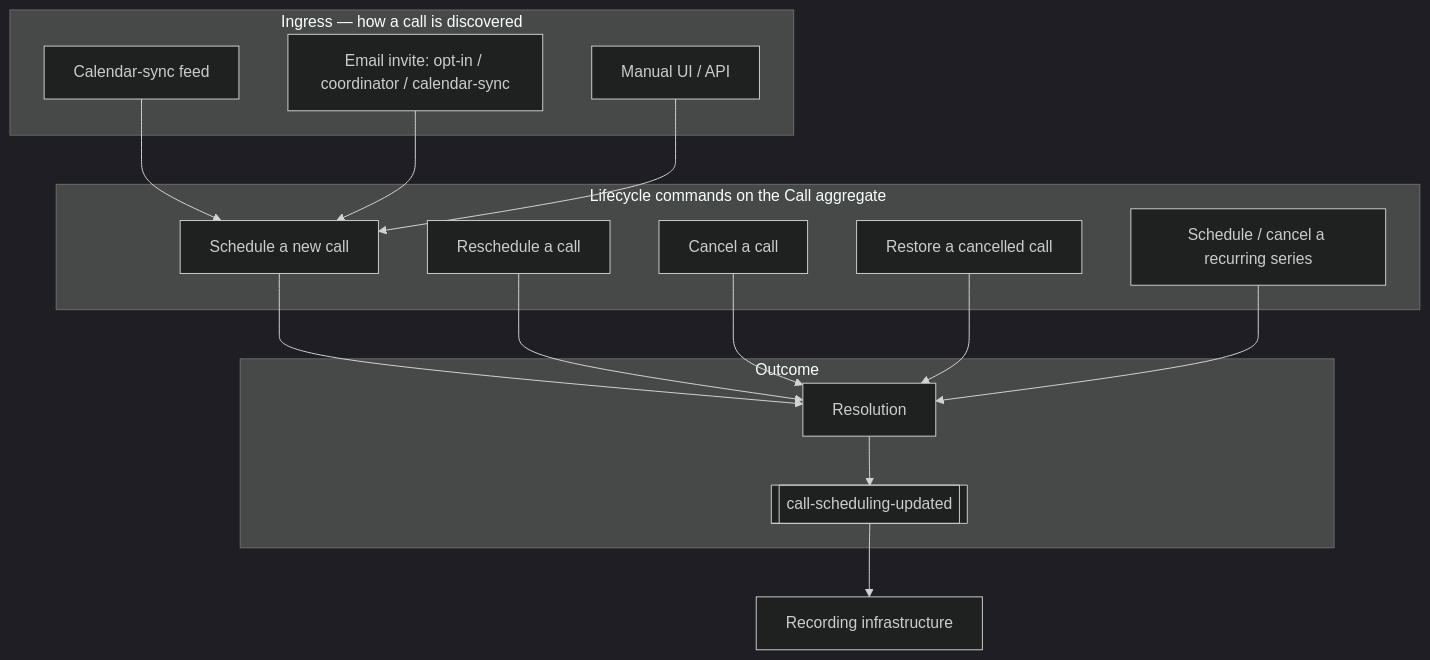
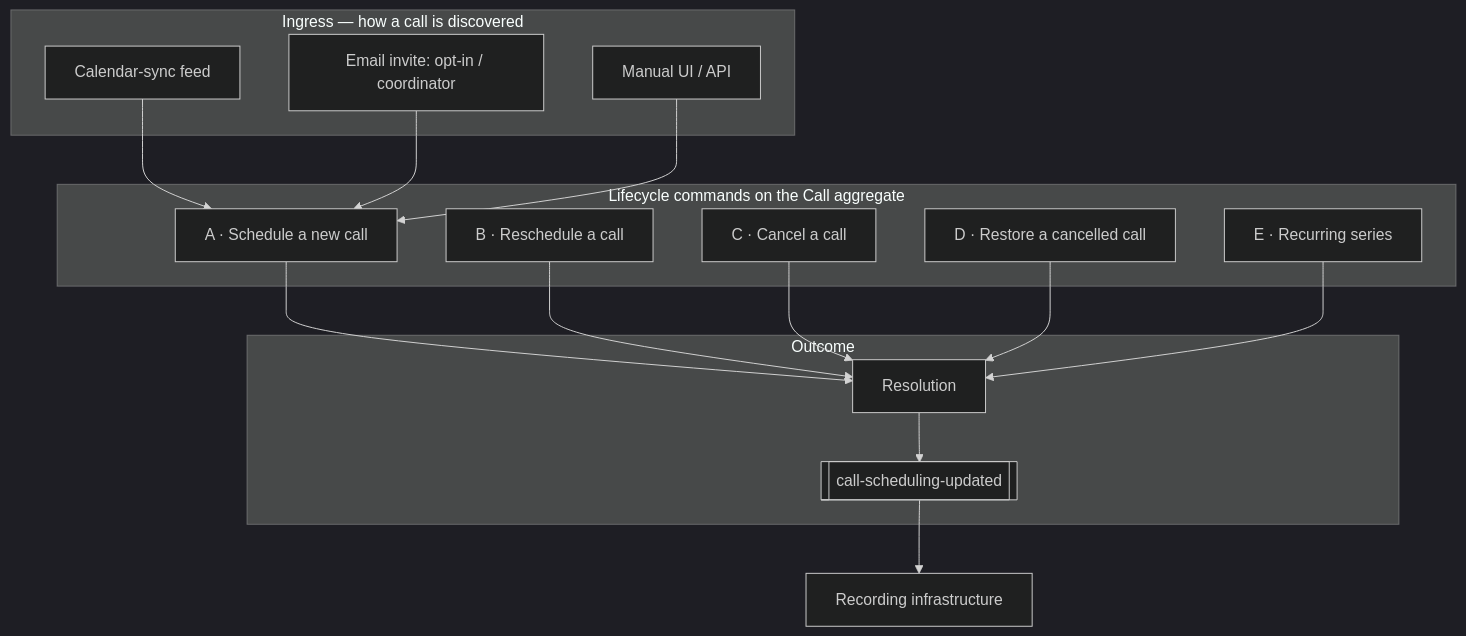
Before and after one commit to terencecollins-86/gong-vault: the diagram in Subsystems/Call Scheduling/04 - Use Cases.md, drawn with Mermaid (dark theme). The commit also changed other lines of this file and 25 other files, not shown here.

````diff
--- a/Subsystems/Call Scheduling/04 - Use Cases.md
+++ b/Subsystems/Call Scheduling/04 - Use Cases.md
@@ -43,29 +20,29 @@
 ```mermaid
 graph TD
     subgraph "Ingress — how a call is discovered"
         A1[Calendar-sync feed]
-        A2[Email invite: opt-in / coordinator / calendar-sync]
+        A2[Email invite: opt-in / coordinator]
         A3[Manual UI / API]
     end
-    subgraph Lifecycle commands on the Call aggregate
-        UC1[Schedule a new call]
-        UC2[Reschedule a call]
-        UC3[Cancel a call]
-        UC4[Restore a cancelled call]
-        UC5[Schedule / cancel a recurring series]
+    subgraph "Lifecycle commands on the Call aggregate"
+        UC1[A · Schedule a new call]
+        UC2[B · Reschedule a call]
+        UC3[C · Cancel a call]
+        UC4[D · Restore a cancelled call]
+        UC5[E · Recurring series]
     end
     subgraph Outcome
         R[Resolution]
         E[[call-scheduling-updated]]
     end
     A1 --> UC1
     A2 --> UC1
     A3 --> UC1
     UC1 --> R
     UC2 --> R
     UC3 --> R
     UC4 --> R
     UC5 --> R
     R --> E
     E --> REC[Recording infrastructure]
 ```
````
